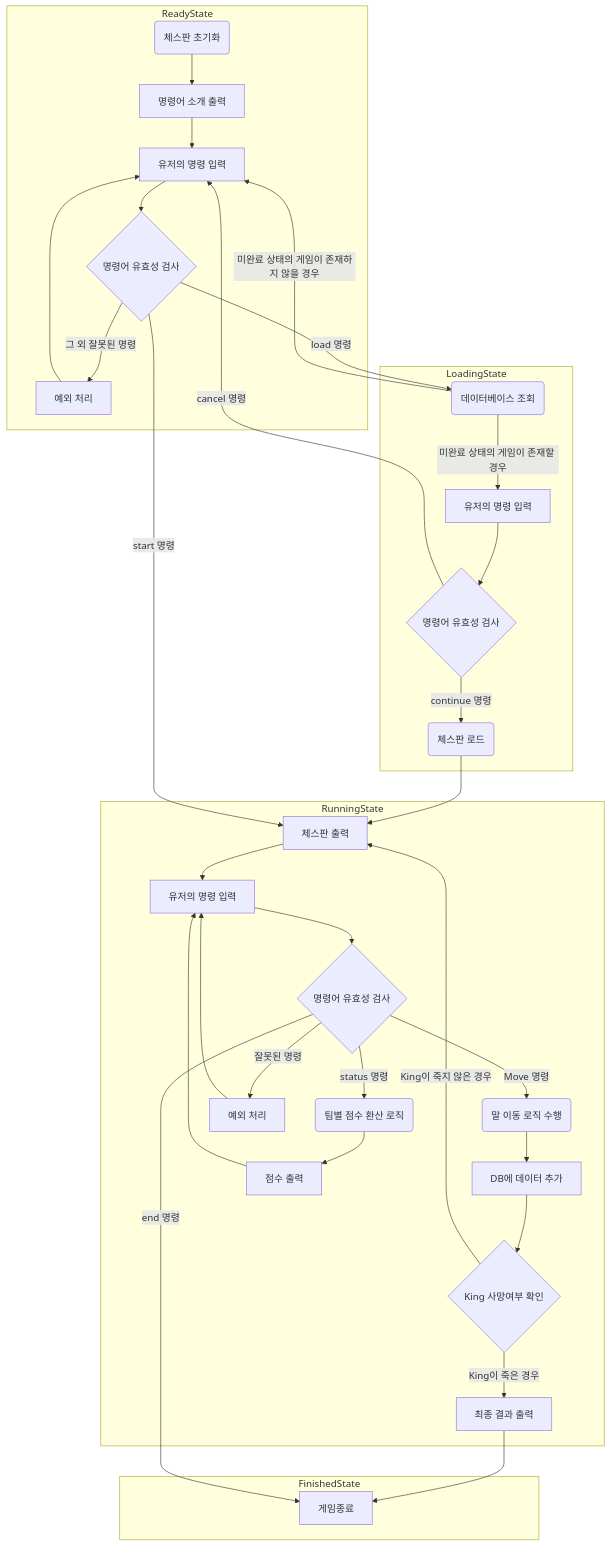
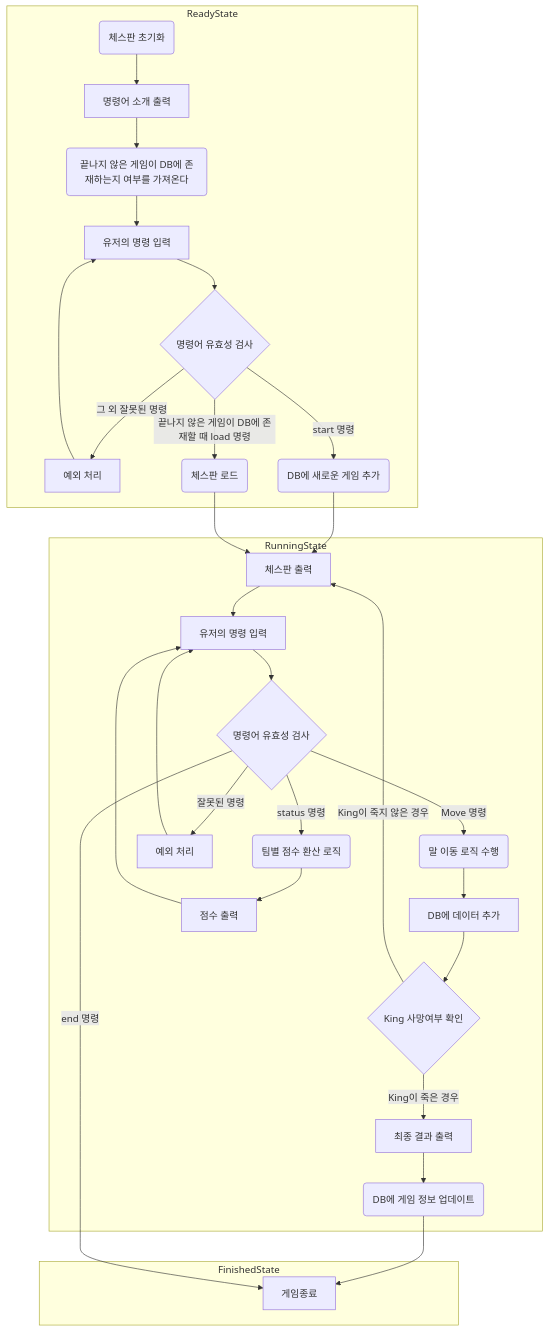
One commit to woowacourse/java-chess changed the third of 7 diagrams in docs/README.md. Above: the diagram before and after it, drawn with Mermaid. The commit also changed other lines of this file, not shown here.

Commit message:
docs : 변경사항 업데이트

````diff
--- a/docs/README.md
+++ b/docs/README.md
@@ -110,41 +111,38 @@
 ```mermaid
 flowchart
 
 subgraph ReadyState
   D(체스판 초기화)-->A[명령어 소개 출력]
-  A--> B[유저의 명령 입력]
+  A-->AA(끝나지 않은 게임이 DB에 존재하는지 여부를 가져온다)
+  AA--> B[유저의 명령 입력]
   B-->C{명령어 유효성 검사}
-  C-->|그 외 잘못된 명령|EX[예외 처리]-->B
-end
-
-subgraph LoadingState
-  DB(데이터베이스 조회)-->|미완료 상태의 게임이 존재할 경우|BB[유저의 명령 입력]
-  BB-->CC{명령어 유효성 검사}
-  CC-->|continue 명령|LOAD(체스판 로드)
+  C-->|그 외 잘못된 명령|EX[예외 처리]
+  EX-->B
+  C-->|start 명령|NEW(DB에 새로운 게임 추가)
+  C-->|끝나지 않은 게임이 DB에 존재할 때 load 명령|LOAD(체스판 로드)
 end
 
 subgraph RunningState
   E[체스판 출력]-->F[유저의 명령 입력]
   F-->G{명령어 유효성 검사}
   G-->|Move 명령|H(말 이동 로직 수행)
   H-->HH[DB에 데이터 추가]
   HH-->I{King 사망여부 확인}
   I-->|King이 죽지 않은 경우|E
   I-->|King이 죽은 경우|RESULT[최종 결과 출력]
+  RESULT-->END(DB에 게임 정보 업데이트)
   G--> |status 명령| J(팀별 점수 환산 로직)-->K[점수 출력]-->F
   G-->|잘못된 명령|EXX[예외 처리]-->F
   
 end
 
 subgraph FinishedState
   ZZ[게임종료]
 end
 
-C-->|load 명령|DB
-CC-->|cancel 명령|B
-DB-->|미완료 상태의 게임이 존재하지 않을 경우|B
+NEW-->E
 LOAD-->E
-C-->|start 명령|E
-RESULT-->ZZ
+
+END-->ZZ
 G--> |end 명령|ZZ
 ```
````
